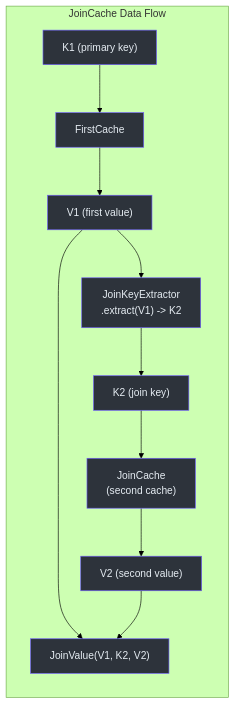
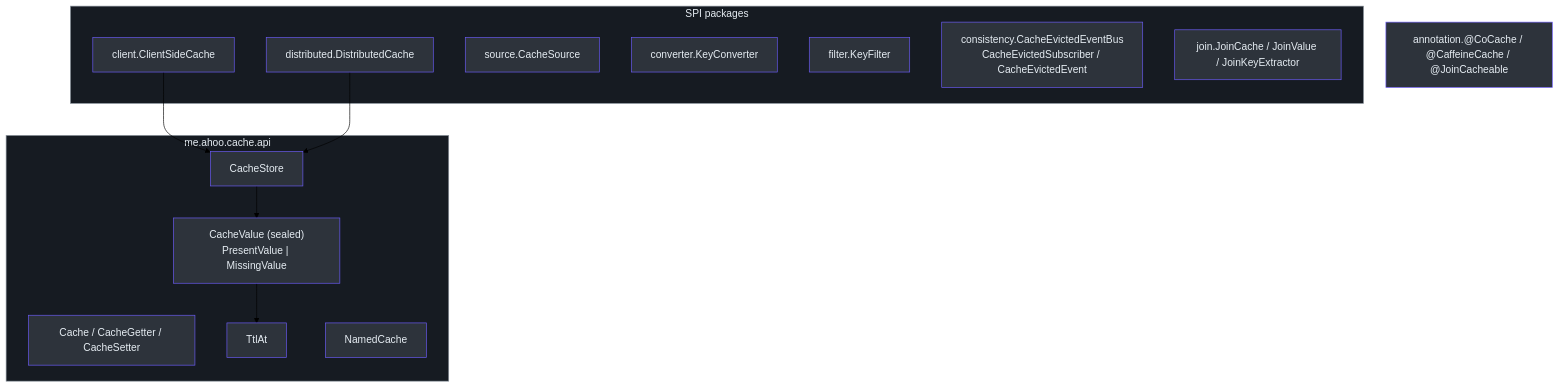
One commit to Ahoo-Wang/CoCache changed the first of 3 diagrams in wiki/modules/cocache-api.md. Above: the diagram before and after it, drawn with Mermaid (forest theme). The commit also changed other lines of this file and 256 other files, not shown here.

````diff
--- a/wiki/modules/cocache-api.md
+++ b/wiki/modules/cocache-api.md
@@ -181,34 +12,41 @@
 ```mermaid
-graph LR
-    subgraph sg_35 ["JoinCache Data Flow"]
+graph TB
+    subgraph api ["me.ahoo.cache.api"]
+        Cache["Cache / CacheGetter / CacheSetter"]
+        CV["CacheValue (sealed)<br>PresentValue | MissingValue"]
+        TtlAt["TtlAt"]
+        Store["CacheStore"]
+        Named["NamedCache"]
+    end
+    subgraph spi ["SPI packages"]
+        Client["client.ClientSideCache"]
+        Dist["distributed.DistributedCache"]
+        Src["source.CacheSource"]
+        Conv["converter.KeyConverter"]
+        Filt["filter.KeyFilter"]
+        Cons["consistency.CacheEvictedEventBus<br>CacheEvictedSubscriber / CacheEvictedEvent"]
+        Join["join.JoinCache / JoinValue / JoinKeyExtractor"]
+    end
+    Ann["annotation.@CoCache / @CaffeineCache / @JoinCacheable"]
 
-        key1["K1 (primary key)"]
-        style key1 fill:#2d333b,stroke:#6d5dfc,color:#e6edf3
+    Client --> Store
+    Dist --> Store
+    Store --> CV
+    CV --> TtlAt
 
-        fc["FirstCache"]
-        style fc fill:#2d333b,stroke:#6d5dfc,color:#e6edf3
-
-        v1["V1 (first value)"]
-        style v1 fill:#2d333b,stroke:#6d5dfc,color:#e6edf3
-
-        jke["JoinKeyExtractor<br>.extract(V1) -> K2"]
-        style jke fill:#2d333b,stroke:#6d5dfc,color:#e6edf3
-
-        k2["K2 (join key)"]
-        style k2 fill:#2d333b,stroke:#6d5dfc,color:#e6edf3
-
-        jc["JoinCache<br>(second cache)"]
-        style jc fill:#2d333b,stroke:#6d5dfc,color:#e6edf3
-
-        v2["V2 (second value)"]
-        style v2 fill:#2d333b,stroke:#6d5dfc,color:#e6edf3
-
-        jv["JoinValue(V1, K2, V2)"]
-        style jv fill:#2d333b,stroke:#6d5dfc,color:#e6edf3
-
-        key1 --> fc --> v1 --> jke --> k2 --> jc --> v2
-        v1 --> jv
-        v2 --> jv
-    end
-
+    style Cache fill:#2d333b,stroke:#6d5dfc,color:#e6edf3
+    style CV fill:#2d333b,stroke:#6d5dfc,color:#e6edf3
+    style TtlAt fill:#2d333b,stroke:#6d5dfc,color:#e6edf3
+    style Store fill:#2d333b,stroke:#6d5dfc,color:#e6edf3
+    style Named fill:#2d333b,stroke:#6d5dfc,color:#e6edf3
+    style Client fill:#2d333b,stroke:#6d5dfc,color:#e6edf3
+    style Dist fill:#2d333b,stroke:#6d5dfc,color:#e6edf3
+    style Src fill:#2d333b,stroke:#6d5dfc,color:#e6edf3
+    style Conv fill:#2d333b,stroke:#6d5dfc,color:#e6edf3
+    style Filt fill:#2d333b,stroke:#6d5dfc,color:#e6edf3
+    style Cons fill:#2d333b,stroke:#6d5dfc,color:#e6edf3
+    style Join fill:#2d333b,stroke:#6d5dfc,color:#e6edf3
+    style Ann fill:#2d333b,stroke:#6d5dfc,color:#e6edf3
+    style api fill:#161b22,stroke:#8b949e,color:#e6edf3
+    style spi fill:#161b22,stroke:#8b949e,color:#e6edf3
 ```
````
